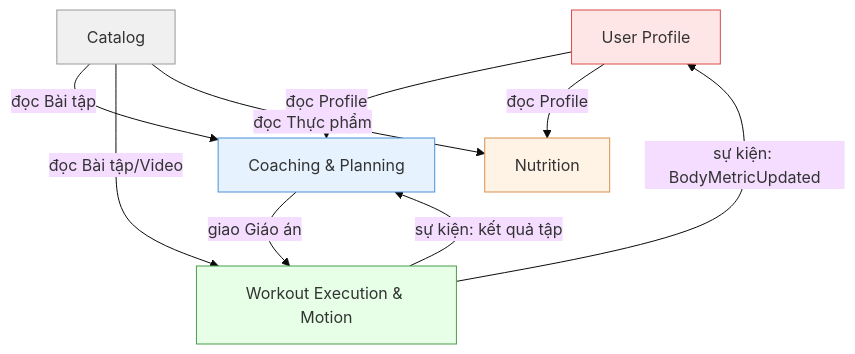
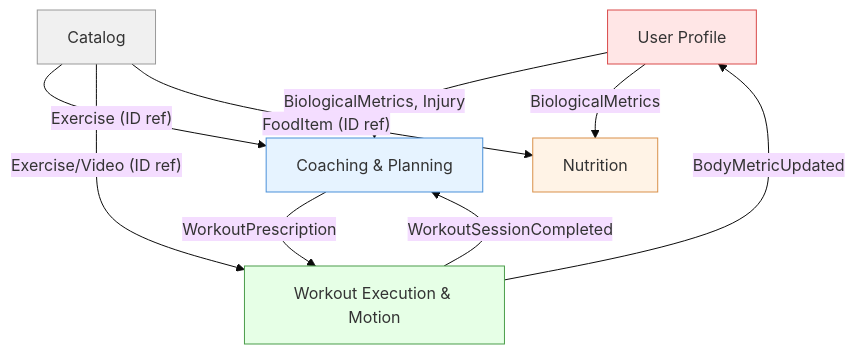
The diagram in docs/02_bounded_context.md (viethung213/gym-companion), drawn with Mermaid (base theme) before and after one commit. The commit also changed other lines of this file and 12 other files, not shown here.

````diff
--- a/docs/02_bounded_context.md
+++ b/docs/02_bounded_context.md
@@ -95,26 +102,26 @@
 ```mermaid
 graph TD
     UP["User Profile"]
     CP["Coaching & Planning"]
     WEM["Workout Execution & Motion"]
     NU["Nutrition"]
     CA["Catalog"]
 
-    UP -- "đọc Profile" --> CP
-    UP -- "đọc Profile" --> NU
-    
-    CA -- "đọc Bài tập" --> CP
-    CA -- "đọc Bài tập/Video" --> WEM
-    CA -- "đọc Thực phẩm" --> NU
-    
-    CP -- "giao Giáo án" --> WEM
-    
-    WEM -- "sự kiện: kết quả tập" --> CP
-    WEM -- "sự kiện: BodyMetricUpdated" --> UP
+    UP -- "BiologicalMetrics, Injury" --> CP
+    UP -- "BiologicalMetrics" --> NU
+
+    CA -- "Exercise (ID ref)" --> CP
+    CA -- "Exercise/Video (ID ref)" --> WEM
+    CA -- "FoodItem (ID ref)" --> NU
+
+    CP -- "WorkoutPrescription" --> WEM
+
+    WEM -- "WorkoutSessionCompleted" --> CP
+    WEM -- "BodyMetricUpdated" --> UP
 
     style CA fill:#f0f0f0,stroke:#999
     style CP fill:#e6f3ff,stroke:#4a90d9
     style WEM fill:#e6ffe6,stroke:#4a9d4a
     style NU fill:#fff3e6,stroke:#d9904a
     style UP fill:#ffe6e6,stroke:#d94a4a
 ```
````
